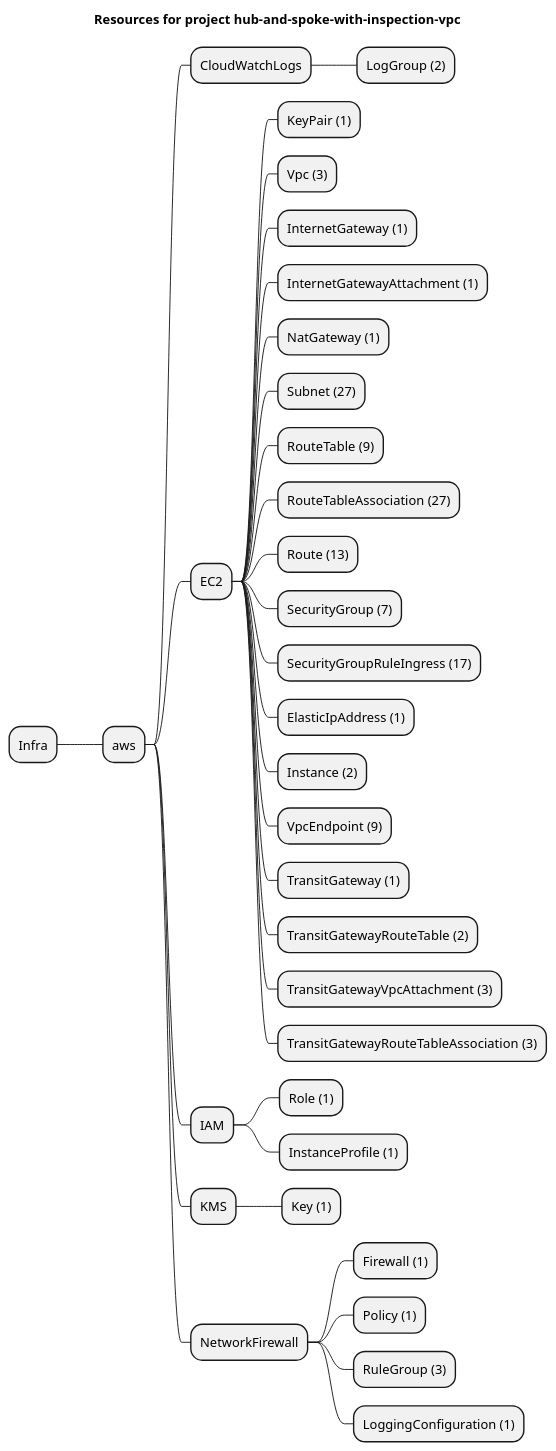
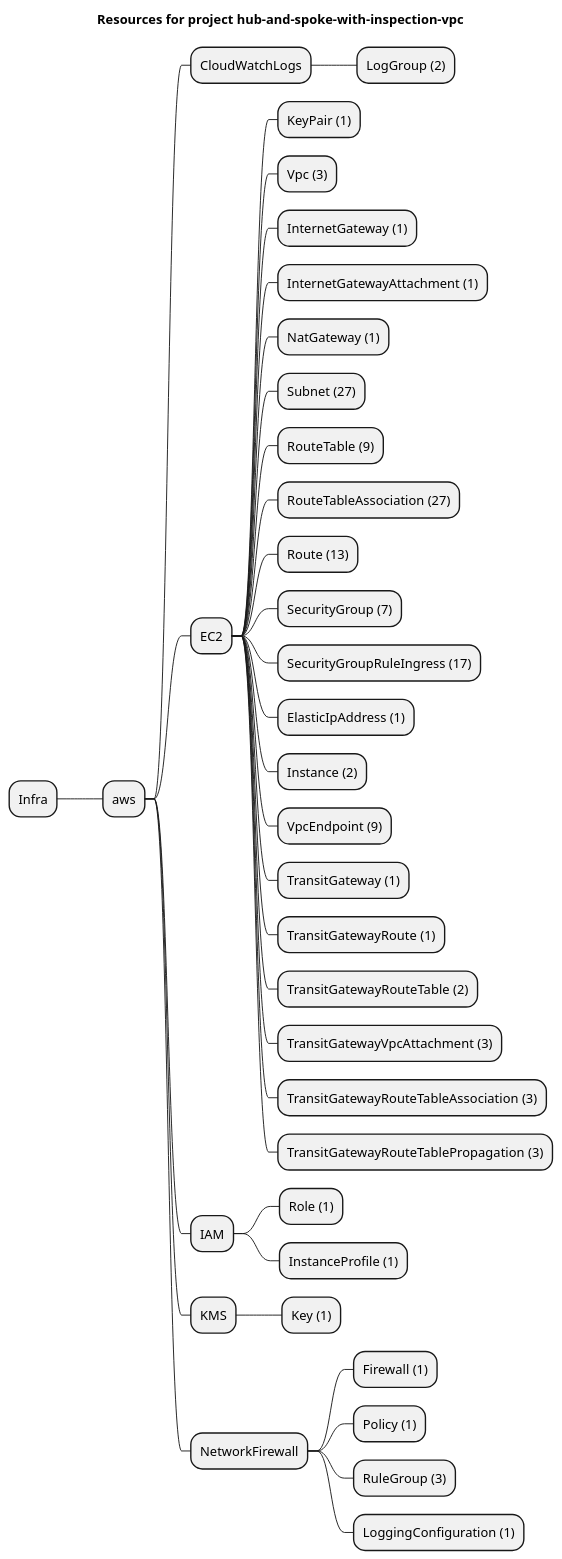
Before and after one commit to grucloud/grucloud: the diagram in examples/aws/EC2/hub-and-spoke-with-inspection-vpc/artifacts/resources-mindmap.puml, drawn with PlantUML. The commit also changed 21 other files, not shown here.

Commit message:
TransitGatewayRouteTablePropagation and TransitGatewayRoute

```diff
--- a/examples/aws/EC2/hub-and-spoke-with-inspection-vpc/artifacts/resources-mindmap.puml
+++ b/examples/aws/EC2/hub-and-spoke-with-inspection-vpc/artifacts/resources-mindmap.puml
@@ -1,37 +1,39 @@
 @startmindmap
 title Resources for project hub-and-spoke-with-inspection-vpc
 skinparam monochrome true
 + Infra
 ++ aws
 +++ CloudWatchLogs
 ++++ LogGroup (2)
 +++ EC2
 ++++ KeyPair (1)
 ++++ Vpc (3)
 ++++ InternetGateway (1)
 ++++ InternetGatewayAttachment (1)
 ++++ NatGateway (1)
 ++++ Subnet (27)
 ++++ RouteTable (9)
 ++++ RouteTableAssociation (27)
 ++++ Route (13)
 ++++ SecurityGroup (7)
 ++++ SecurityGroupRuleIngress (17)
 ++++ ElasticIpAddress (1)
 ++++ Instance (2)
 ++++ VpcEndpoint (9)
 ++++ TransitGateway (1)
+++++ TransitGatewayRoute (1)
 ++++ TransitGatewayRouteTable (2)
 ++++ TransitGatewayVpcAttachment (3)
 ++++ TransitGatewayRouteTableAssociation (3)
+++++ TransitGatewayRouteTablePropagation (3)
 +++ IAM
 ++++ Role (1)
 ++++ InstanceProfile (1)
 +++ KMS
 ++++ Key (1)
 +++ NetworkFirewall
 ++++ Firewall (1)
 ++++ Policy (1)
 ++++ RuleGroup (3)
 ++++ LoggingConfiguration (1)
 @endmindmap
```
